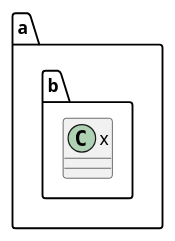
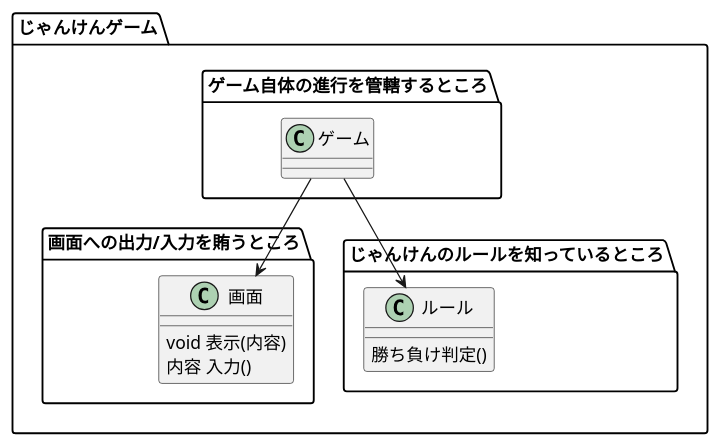
Before and after one commit to ssc-bando/JankenGame: the second of 2 diagrams in src/readme.md, drawn with PlantUML.

Commit message:
ザーッとしたクラスのイメージまで書いた

````diff
--- a/src/readme.md
+++ b/src/readme.md
@@ -64,9 +64,22 @@
 ```plantuml
 @startuml
-package a {
-  package b {
-    class x
+package じゃんけんゲーム {
+  package ゲーム自体の進行を管轄するところ{
+    class ゲーム
+  }
+  package 画面への出力/入力を賄うところ{
+    ゲーム --> 画面
+    class 画面 {
+      void 表示(内容)
+      内容 入力()
+    }
+  }
+  package じゃんけんのルールを知っているところ{
+    ゲーム --> ルール
+    class ルール {
+      勝ち負け判定()
+    }
   }
 }
 @enduml
 ```
````
